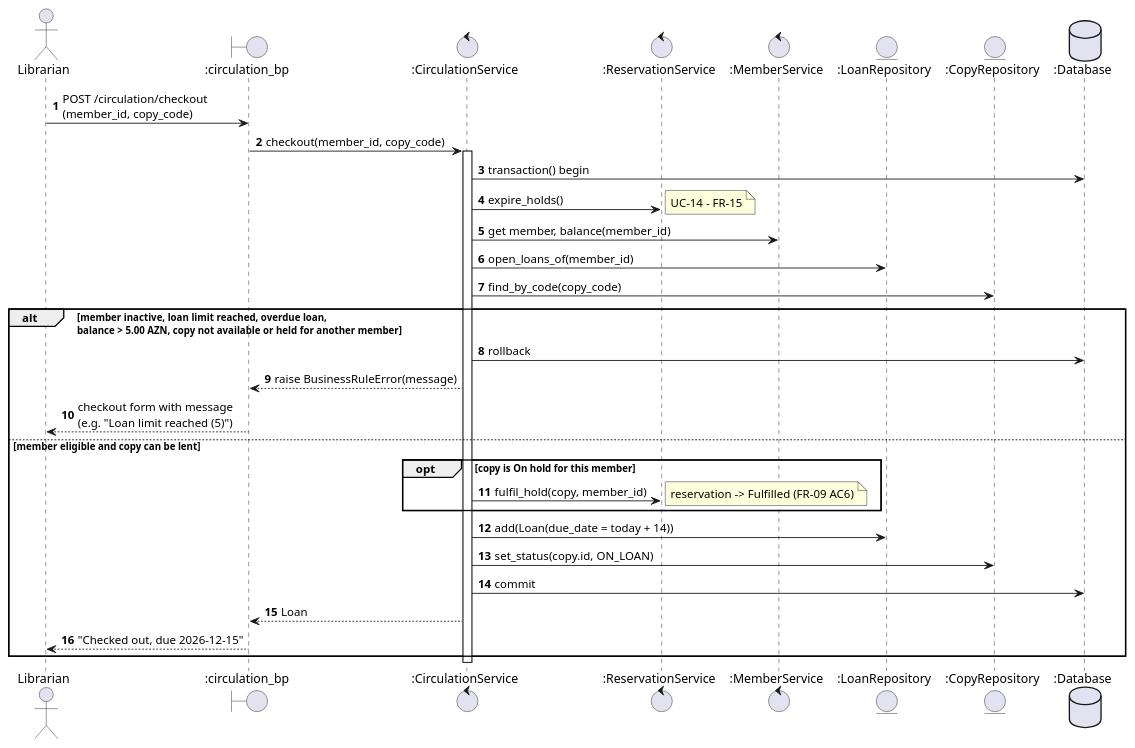
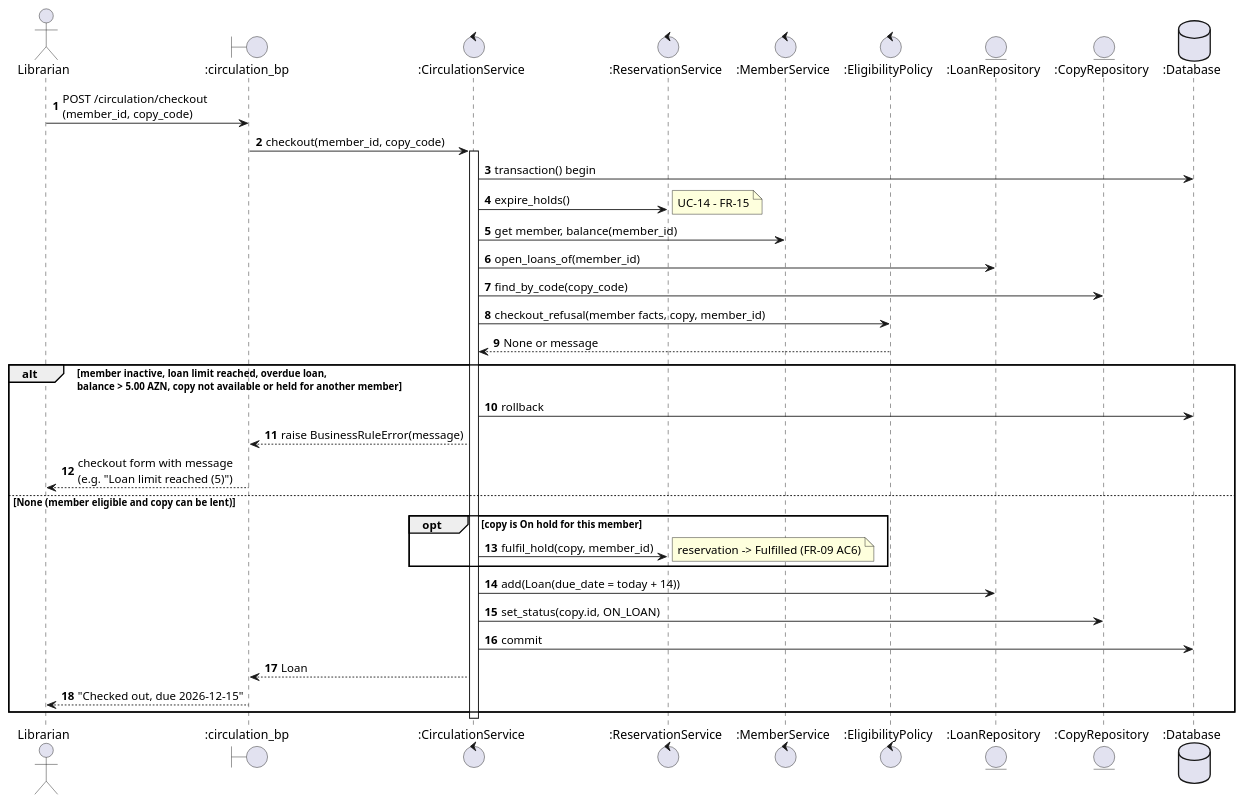
The diagram in docs/models/10-seq-checkout.puml (imnvrml/library-management-system), drawn with PlantUML before and after one commit. The commit also changed 10 other files, not shown here.

Commit message:
docs(models): v1.1 - extract pure EligibilityPolicy so decision rules are unit-testable

```diff
--- a/docs/models/10-seq-checkout.puml
+++ b/docs/models/10-seq-checkout.puml
@@ -1,40 +1,43 @@
 @startuml seq-checkout
 ' SD-01 Check out a copy (UC-05, includes UC-14) - with error path
 skinparam shadowing false
 autonumber
 actor Librarian
 boundary ":circulation_bp" as bp
 control ":CirculationService" as circ
 control ":ReservationService" as res
 control ":MemberService" as mem
+control ":EligibilityPolicy" as pol
 entity ":LoanRepository" as loans
 entity ":CopyRepository" as copies
 database ":Database" as db
 
 Librarian -> bp : POST /circulation/checkout\n(member_id, copy_code)
 bp -> circ : checkout(member_id, copy_code)
 activate circ
 circ -> db : transaction() begin
 circ -> res : expire_holds()
 note right : UC-14 - FR-15
 circ -> mem : get member, balance(member_id)
 circ -> loans : open_loans_of(member_id)
 circ -> copies : find_by_code(copy_code)
+circ -> pol : checkout_refusal(member facts, copy, member_id)
+pol --> circ : None or message
 
 alt member inactive, loan limit reached, overdue loan,\nbalance > 5.00 AZN, copy not available or held for another member
   circ -> db : rollback
   circ --> bp : raise BusinessRuleError(message)
   bp --> Librarian : checkout form with message\n(e.g. "Loan limit reached (5)")
-else member eligible and copy can be lent
+else None (member eligible and copy can be lent)
   opt copy is On hold for this member
     circ -> res : fulfil_hold(copy, member_id)
     note right : reservation -> Fulfilled (FR-09 AC6)
   end
   circ -> loans : add(Loan(due_date = today + 14))
   circ -> copies : set_status(copy.id, ON_LOAN)
   circ -> db : commit
   circ --> bp : Loan
   bp --> Librarian : "Checked out, due 2026-12-15"
 end
 deactivate circ
 @enduml
```
